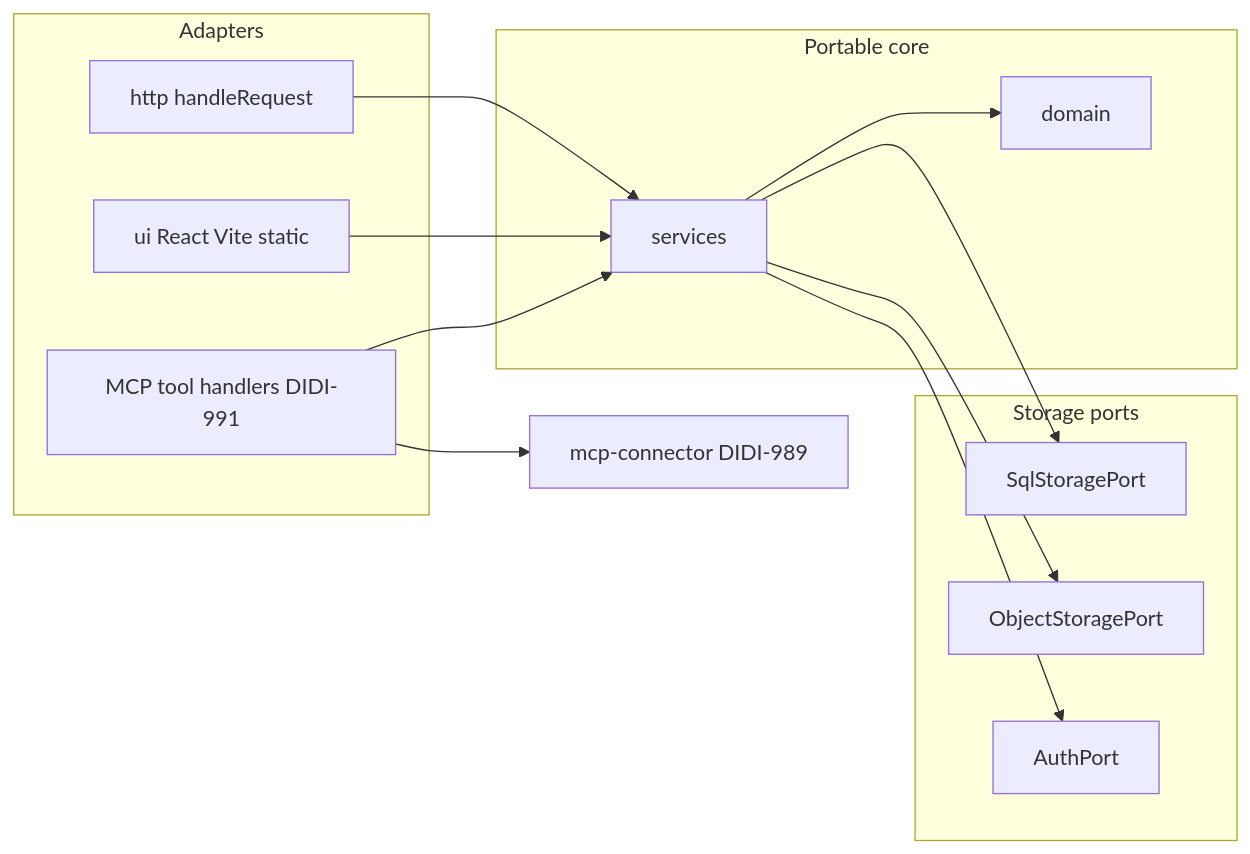
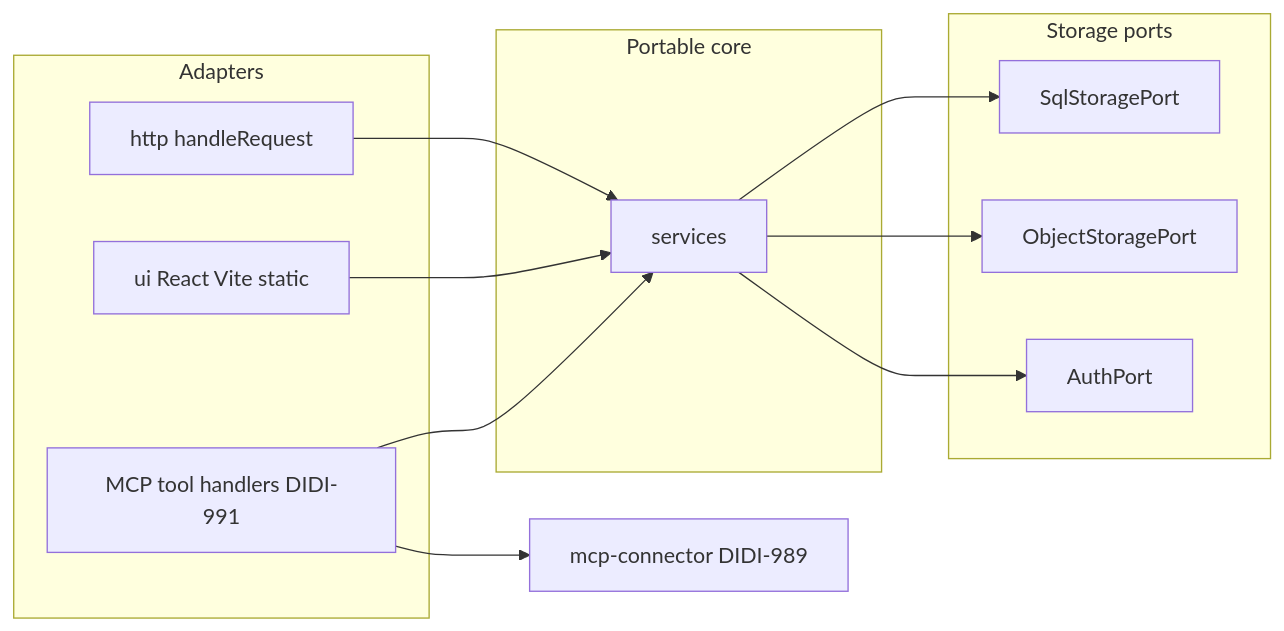
The diagram in docs/architecture/overview.md (didi-build/physio-poc), drawn with Mermaid before and after one commit. The commit also changed other lines of this file and 25 other files, not shown here.

````diff
--- a/docs/architecture/overview.md
+++ b/docs/architecture/overview.md
@@ -72,26 +73,24 @@
 ```mermaid
 flowchart LR
   subgraph adapters [Adapters]
     HTTP[http handleRequest]
     MCP[MCP tool handlers DIDI-991]
     UI[ui React Vite static]
   end
   subgraph core [Portable core]
     SVC[services]
-    DOM[domain]
   end
   subgraph storage [Storage ports]
     SQL[SqlStoragePort]
     OBJ[ObjectStoragePort]
     AUTH[AuthPort]
   end
   CONTRACT[mcp-connector DIDI-989]
   HTTP --> SVC
   UI --> SVC
   MCP --> CONTRACT
   MCP --> SVC
-  SVC --> DOM
   SVC --> SQL
   SVC --> OBJ
   SVC --> AUTH
 ```
````
